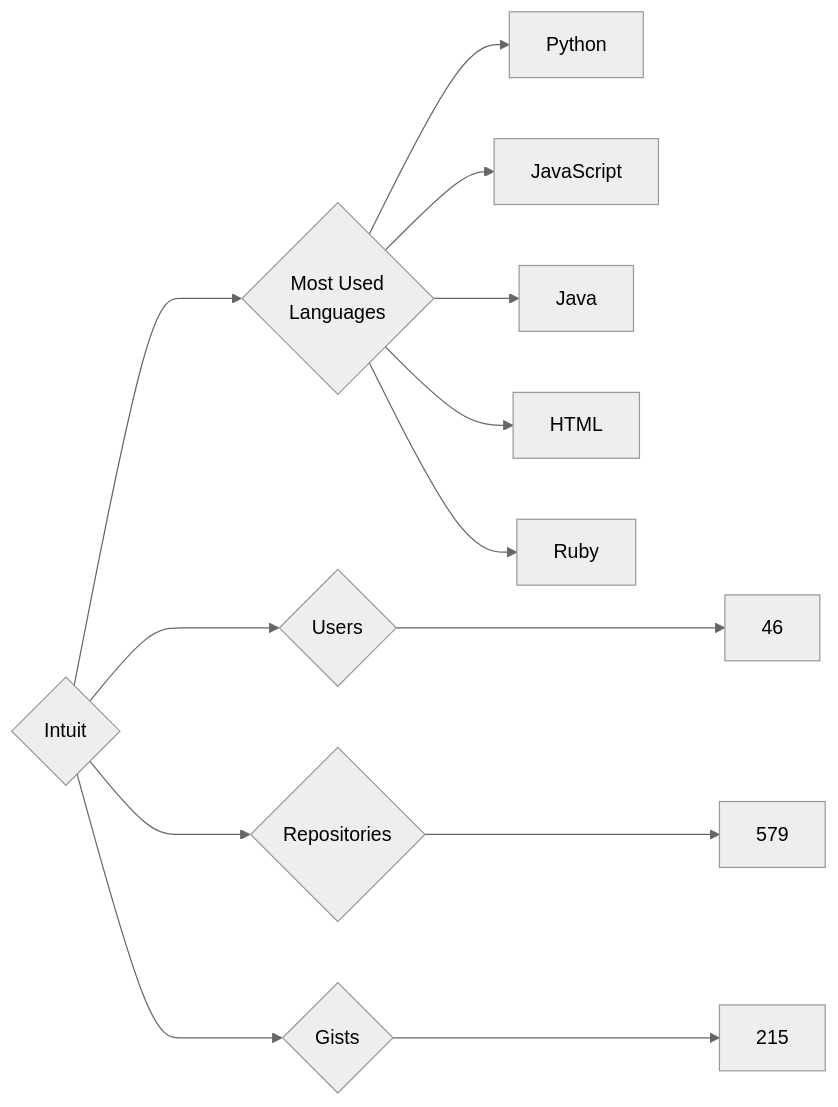
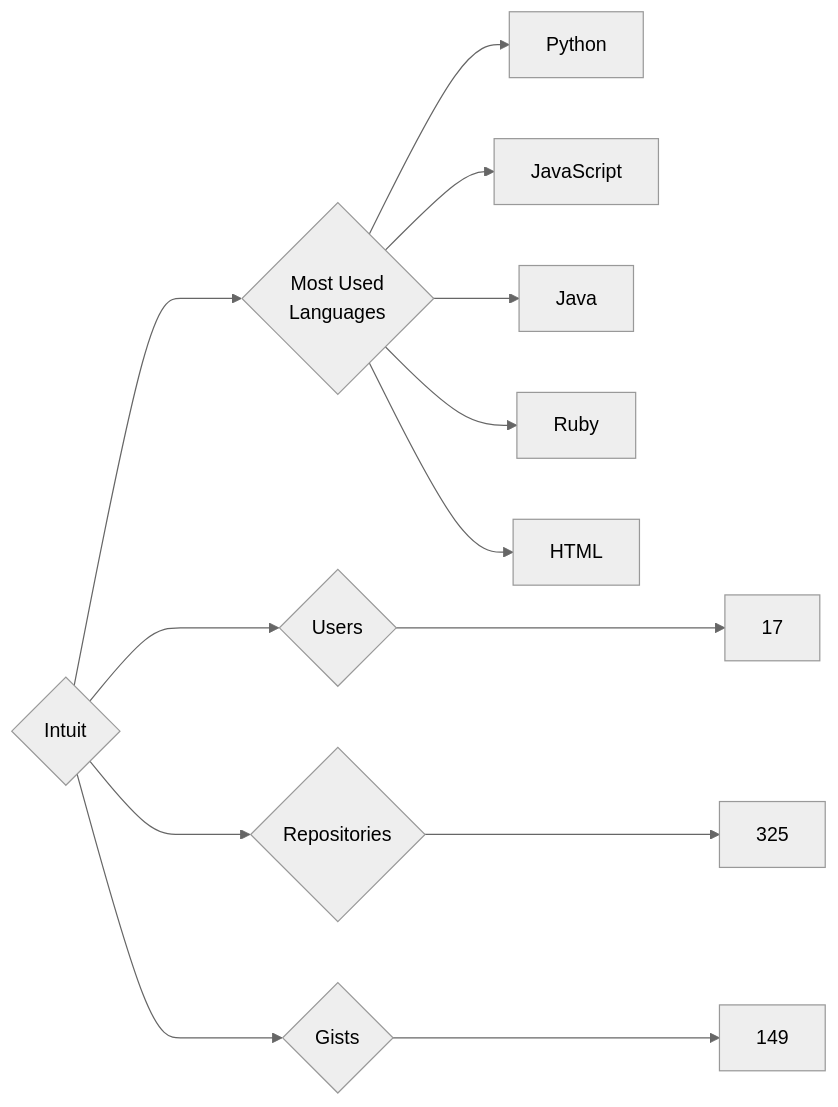
The diagram in targets/Intuit/README.md (trickest/insiders), drawn with Mermaid (neutral theme) before and after one commit. The commit also changed 622 other files, not shown here.

````diff
--- a/targets/Intuit/README.md
+++ b/targets/Intuit/README.md
@@ -3,13 +3,13 @@
 ```mermaid
 graph LR
 COMPANY_NAME{Intuit}
-COMPANY_NAME ---> U{Users} ---> UN[46]
-COMPANY_NAME ---> R{Repositories} ---> RN[579]
-COMPANY_NAME ---> G{Gists} ---> GN[215]
+COMPANY_NAME ---> U{Users} ---> UN[17]
+COMPANY_NAME ---> R{Repositories} ---> RN[325]
+COMPANY_NAME ---> G{Gists} ---> GN[149]
 COMPANY_NAME ---> ML{Most Used<br>Languages}
 ML --> Python[Python]
 ML --> JavaScript[JavaScript]
 ML --> Java[Java]
+ML --> Ruby[Ruby]
 ML --> HTML[HTML]
-ML --> Ruby[Ruby]
 ```
````
